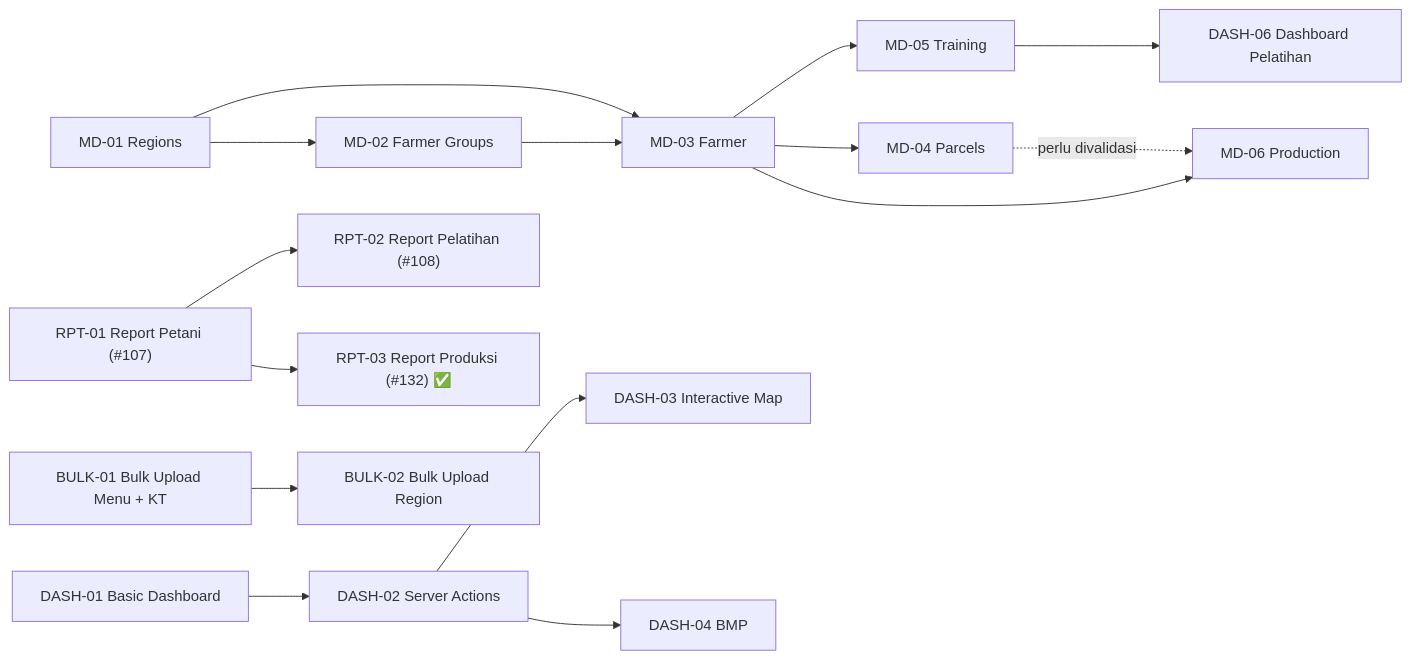
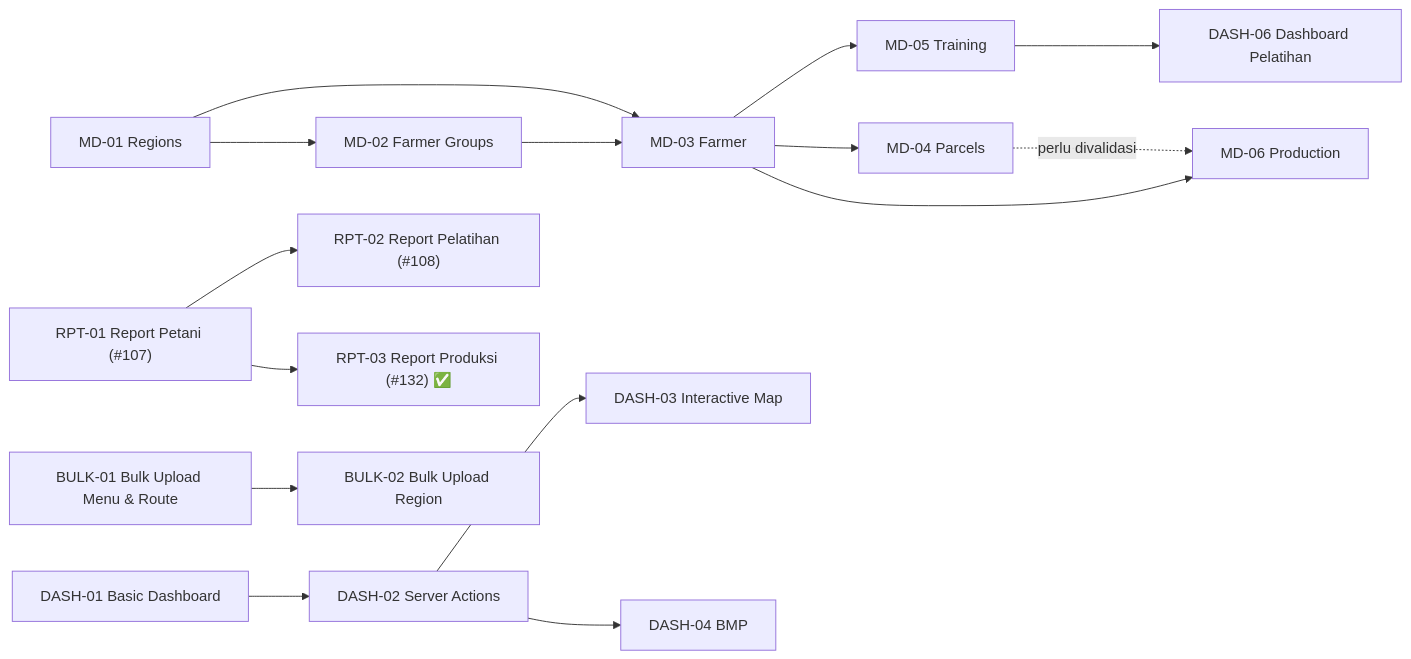
The diagram in docs/project/contributing.md (WRI-Indonesia/mis-smallholder-hub), drawn with Mermaid before and after one commit. The commit also changed other lines of this file and 28 other files, not shown here.

````diff
--- a/docs/project/contributing.md
+++ b/docs/project/contributing.md
@@ -42,17 +42,17 @@
 ```mermaid
 flowchart LR
     MD01["MD-01 Regions"] --> MD02["MD-02 Farmer Groups"]
     MD01 --> MD03["MD-03 Farmer"]
     MD02 --> MD03
     MD03 --> MD05["MD-05 Training"]
     MD03 --> MD04["MD-04 Parcels"]
     MD04 -. "perlu divalidasi" .-> MD06["MD-06 Production"]
     MD03 --> MD06
     DASH01["DASH-01 Basic Dashboard"] --> DASH02["DASH-02 Server Actions"]
     DASH02 --> DASH03["DASH-03 Interactive Map"]
     DASH02 --> DASH04["DASH-04 BMP"]
     MD05 --> DASH06["DASH-06 Dashboard Pelatihan"]
     RPT01["RPT-01 Report Petani (#107)"] --> RPT02["RPT-02 Report Pelatihan (#108)"]
     RPT01 --> RPT03["RPT-03 Report Produksi (#132) ✅"]
-    BULK01["BULK-01 Bulk Upload Menu + KT"] --> BULK02["BULK-02 Bulk Upload Region"]
+    BULK01["BULK-01 Bulk Upload Menu & Route"] --> BULK02["BULK-02 Bulk Upload Region"]
 ```
````
